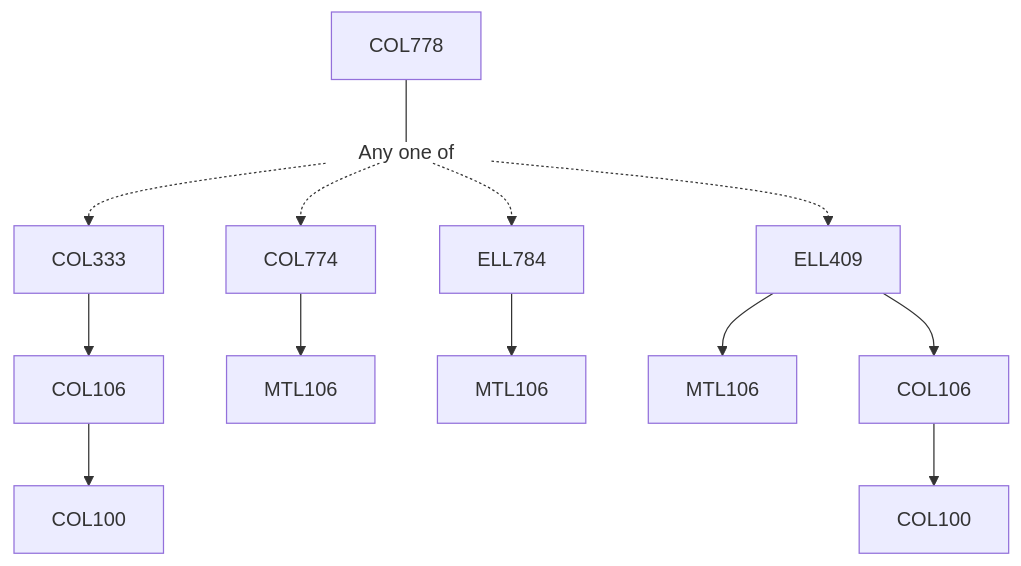
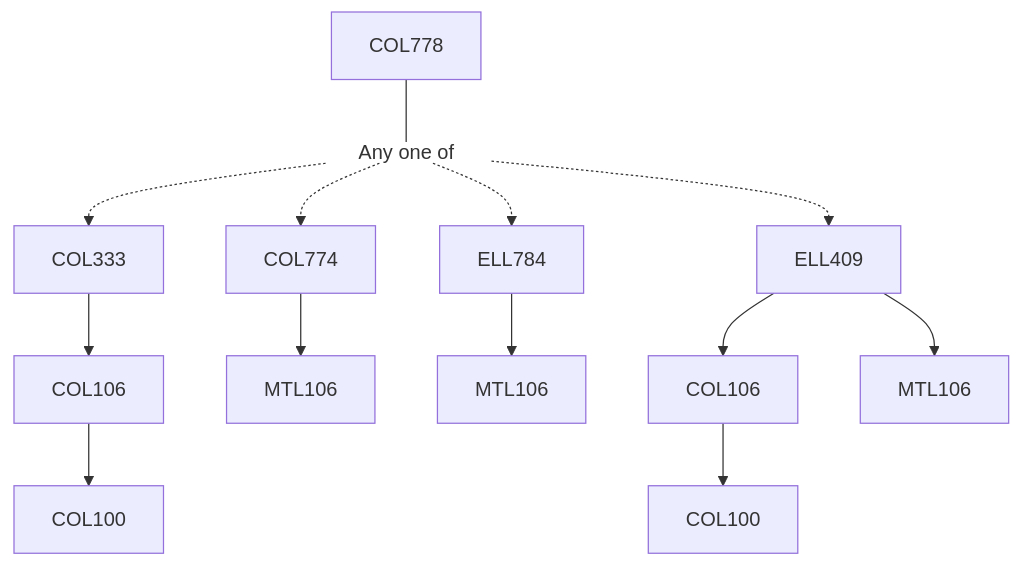
One commit to KeshavBansal0122/CoS_Website changed the diagram in content/Computer Science and Engineering/COL778.md. Above: the diagram before and after it, drawn with Mermaid. The commit also changed other lines of this file and 392 other files, not shown here.

````diff
--- a/content/Computer Science and Engineering/COL778.md
+++ b/content/Computer Science and Engineering/COL778.md
@@ -13,19 +13,19 @@
 ```mermaid
 flowchart TD
 COL778-1326[COL778]
 COL778-1326 --- Or1327[Any one of]:::empty
+Or1327 -.-> COL333-1328[COL333]
 COL333-1328 --> COL106-1328[COL106]
 COL106-1328 --> COL100-1328[COL100]
-Or1327 -.-> COL333-1328[COL333]
 COL774-1329 --> MTL106-1329[MTL106]
 Or1327 -.-> COL774-1329[COL774]
 Or1327 -.-> ELL784-1330[ELL784]
 ELL784-1330 --> MTL106-1330[MTL106]
+ELL409-1331 --> COL106-1331[COL106]
 Or1327 -.-> ELL409-1331[ELL409]
 ELL409-1331 --> MTL106-1331[MTL106]
 COL106-1331 --> COL100-1331[COL100]
-ELL409-1331 --> COL106-1331[COL106]
 
 classDef empty height:17px, fill:transparent, stroke:transparent;
 classDef trueEmpty height:0px, width:0px;
 ```
````
